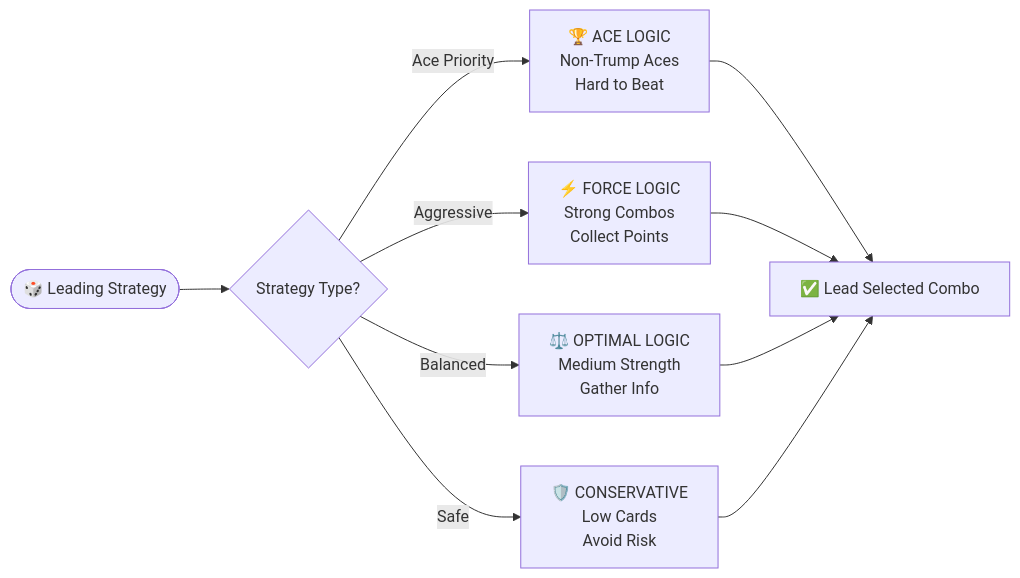
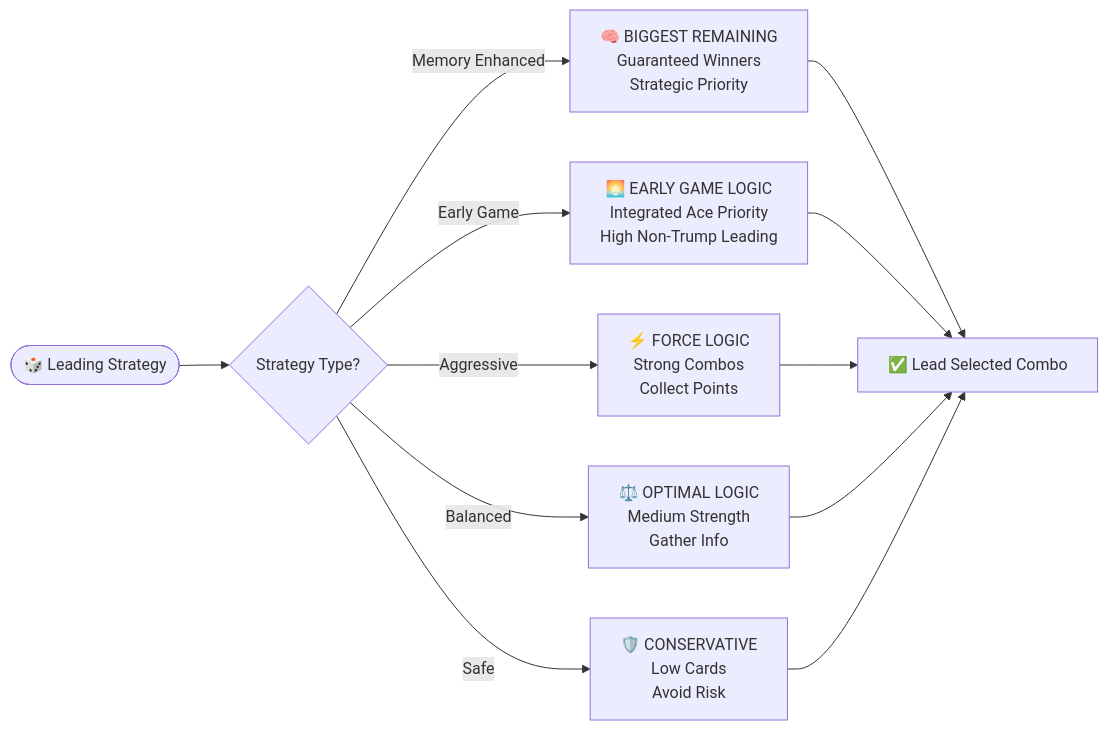
One commit to ejfn/Tractor changed the fourth of 7 diagrams in docs/AI_DECISION_TREE.md. Above: the diagram before and after it, drawn with Mermaid. The commit also changed other lines of this file and 15 other files, not shown here.

First line of the commit message:
refactor: integrate Ace priority logic into early game leading strategy (#100)

````diff
--- a/docs/AI_DECISION_TREE.md
+++ b/docs/AI_DECISION_TREE.md
@@ -43,13 +68,15 @@
 ```mermaid
 flowchart LR
     Strategy([🎲 Leading Strategy]) --> Type{Strategy Type?}
-    Type -->|Ace Priority| AceLogic[🏆 ACE LOGIC<br/>Non-Trump Aces<br/>Hard to Beat]
+    Type -->|Memory Enhanced| MemoryLogic[🧠 BIGGEST REMAINING<br/>Guaranteed Winners<br/>Strategic Priority]
+    Type -->|Early Game| EarlyLogic[🌅 EARLY GAME LOGIC<br/>Integrated Ace Priority<br/>High Non-Trump Leading]
     Type -->|Aggressive| ForceLogic[⚡ FORCE LOGIC<br/>Strong Combos<br/>Collect Points]
     Type -->|Balanced| OptimalLogic[⚖️ OPTIMAL LOGIC<br/>Medium Strength<br/>Gather Info]
     Type -->|Safe| ConservativeLogic[🛡️ CONSERVATIVE<br/>Low Cards<br/>Avoid Risk]
     
-    AceLogic --> Result[✅ Lead Selected Combo]
+    MemoryLogic --> Result[✅ Lead Selected Combo]
+    EarlyLogic --> Result
     ForceLogic --> Result
     OptimalLogic --> Result
     ConservativeLogic --> Result
 ```
````
